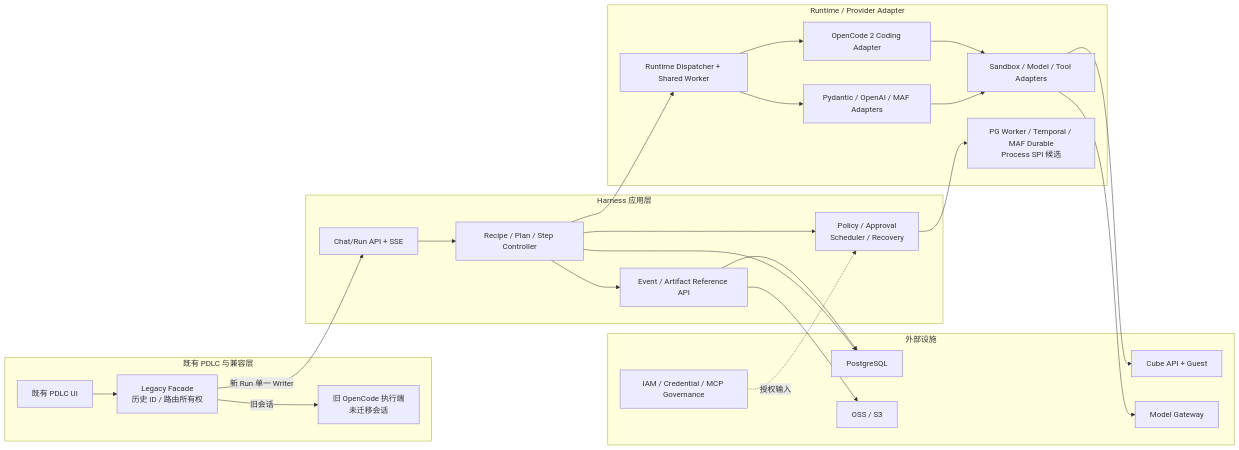
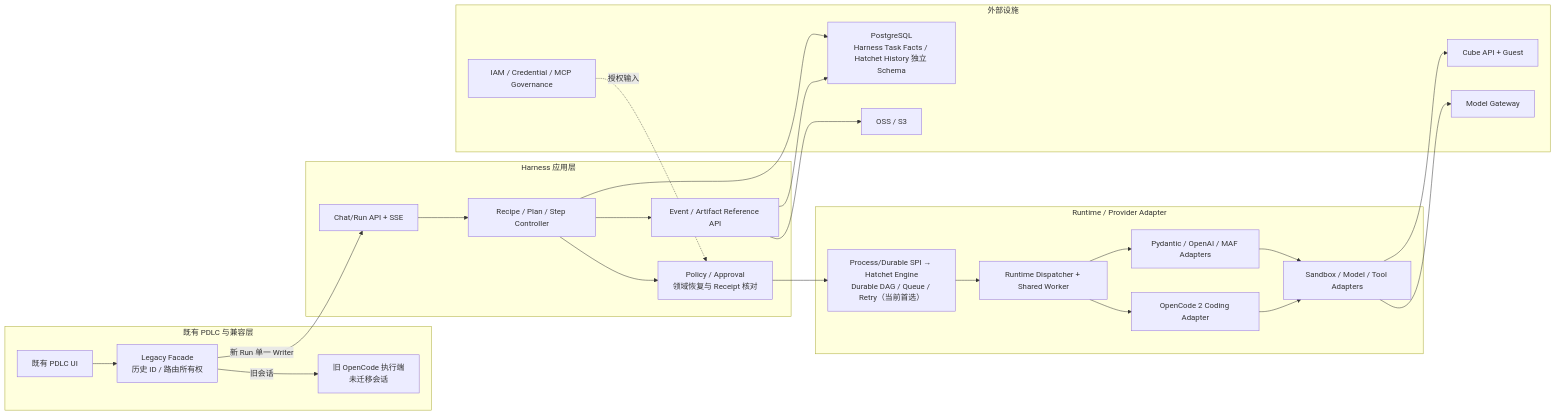
The fifth of 11 diagrams in README.md (Bulls1986/Agent-Harness-Platform), drawn with Mermaid before and after one commit. The commit also changed other lines of this file and 19 other files, not shown here.

First line of the commit message:
architecture(harness): adopt Hatchet Durable SPI baseline, reject DBOS

````diff
--- a/README.md
+++ b/README.md
@@ -257,40 +263,40 @@
 ```mermaid
 flowchart LR
   subgraph LEG["既有 PDLC 与兼容层"]
     UI["既有 PDLC UI"]
     F["Legacy Facade\n历史 ID / 路由所有权"]
     OLD["旧 OpenCode 执行端\n未迁移会话"]
   end
   subgraph APP["Harness 应用层"]
     API["Chat/Run API + SSE"]
     RUN["Recipe / Plan / Step Controller"]
-    SAFE["Policy / Approval\nScheduler / Recovery"]
+    SAFE["Policy / Approval\n领域恢复与 Receipt 核对"]
     EVT["Event / Artifact Reference API"]
   end
   subgraph AD["Runtime / Provider Adapter"]
     DISP["Runtime Dispatcher + Shared Worker"]
     SDK["Pydantic / OpenAI / MAF Adapters"]
     OC["OpenCode 2 Coding Adapter"]
     PVD["Sandbox / Model / Tool Adapters"]
-    DUR["PG Worker / Temporal / MAF Durable\nProcess SPI 候选"]
+    DUR["Process/Durable SPI → Hatchet Engine\nDurable DAG / Queue / Retry（当前首选）"]
   end
   subgraph INF["外部设施"]
     CUBE["Cube API + Guest"]
-    PG["PostgreSQL"]
+    PG["PostgreSQL\nHarness Task Facts / Hatchet History 独立 Schema"]
     OSS["OSS / S3"]
     MODEL["Model Gateway"]
     IAM["IAM / Credential / MCP Governance"]
   end
   UI --> F
   F -->|"旧会话"| OLD
   F -->|"新 Run 单一 Writer"| API
   API --> RUN --> SAFE
-  RUN --> EVT & DISP
-  SAFE --> DUR
+  RUN --> EVT
+  SAFE --> DUR --> DISP
   DISP --> SDK & OC
   SDK & OC --> PVD
   PVD --> CUBE & MODEL
   RUN --> PG
   EVT --> PG & OSS
   IAM -. "授权输入" .-> SAFE
 ```
````
